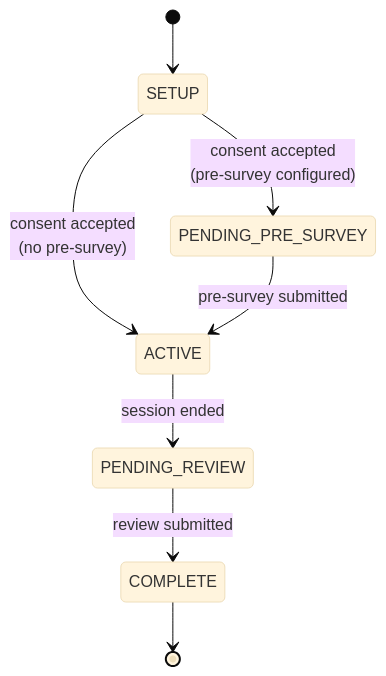
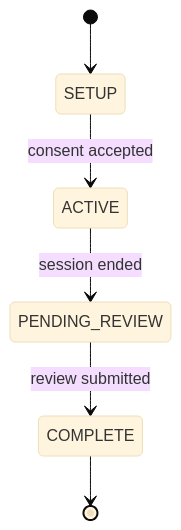
The second of 2 diagrams in docs/concepts/session_status.md (dimagi/open-chat-studio-docs), drawn with Mermaid (base theme) before and after one commit. The commit also changed other lines of this file and 5 other files, not shown here.

````diff
--- a/docs/concepts/session_status.md
+++ b/docs/concepts/session_status.md
@@ -47,10 +45,8 @@
 ```mermaid
 stateDiagram-v2
     [*] --> SETUP
-    SETUP --> PENDING_PRE_SURVEY: consent accepted<br/>(pre-survey configured)
-    SETUP --> ACTIVE: consent accepted<br/>(no pre-survey)
-    PENDING_PRE_SURVEY --> ACTIVE: pre-survey submitted
+    SETUP --> ACTIVE: consent accepted
     ACTIVE --> PENDING_REVIEW: session ended
     PENDING_REVIEW --> COMPLETE: review submitted
     COMPLETE --> [*]
 ```
````
